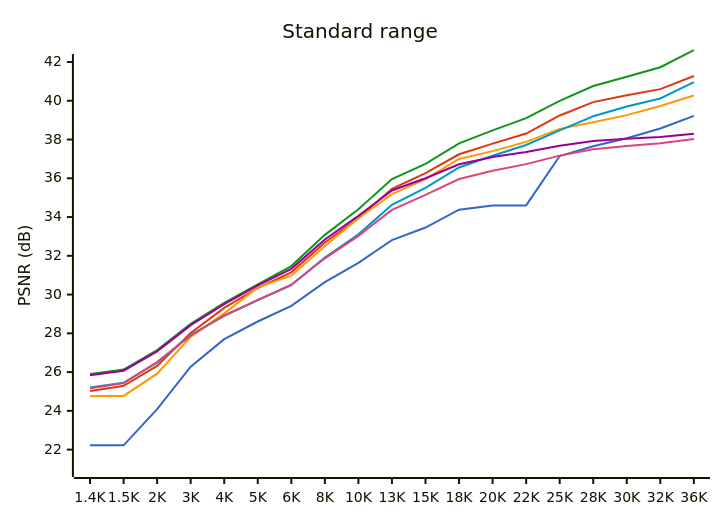
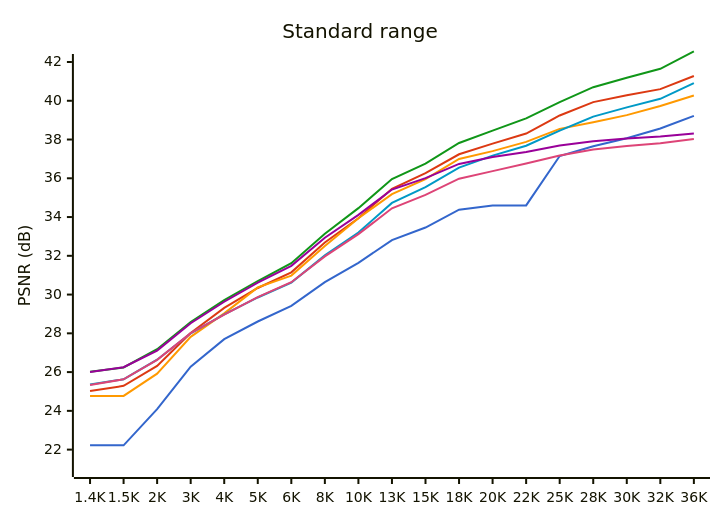
One commit to lieff/miniwtpc changed the second of 2 diagrams in results.md. Above: the diagram before and after it, drawn with Mermaid. The commit also changed other lines of this file and 35 other files, not shown here.

````diff
--- a/results.md
+++ b/results.md
@@ -28,14 +28,14 @@
 ```mermaid
 %%{init: {"themeVariables": {"xyChart": {"plotColorPalette": "#3366cc, #dc3912, #ff9900, #109618, #0099c6, #990099, #dd4477"}}}}%%
 xychart-beta
     title "Standard range"
     y-axis "PSNR (dB)" 21 --> 42
     x-axis ["1.4K", "1.5K", "2K", "3K", "4K", "5K", "6K", "8K", "10K", "13K", "15K", "18K", "20K", "22K", "25K", "28K", "30K", "32K", "36K"]
     line "JPEG" [22.22, 22.22, 24.09, 26.28, 27.70, 28.61, 29.42, 30.64, 31.64, 32.81, 33.46, 34.38, 34.60, 34.60, 37.15, 37.65, 38.07, 38.57, 39.22]
     line "JPEG2000" [25.02, 25.29, 26.32, 28.02, 29.31, 30.34, 31.15, 32.69, 33.94, 35.46, 36.27, 37.24, 37.79, 38.31, 39.24, 39.93, 40.28, 40.60, 41.28]
     line "JPEGXL" [24.77, 24.77, 25.92, 27.82, 29.03, 30.37, 30.98, 32.51, 33.94, 35.18, 35.96, 37.00, 37.40, 37.88, 38.55, 38.89, 39.26, 39.73, 40.27]
-    line "WTPC EBC" [25.90, 26.13, 27.14, 28.49, 29.57, 30.53, 31.47, 33.08, 34.40, 35.96, 36.74, 37.80, 38.47, 39.10, 39.99, 40.76, 41.24, 41.73, 42.61]
-    line "WTPC Huff" [25.20, 25.45, 26.49, 27.92, 28.90, 29.72, 30.49, 31.91, 33.11, 34.63, 35.51, 36.56, 37.16, 37.72, 38.47, 39.20, 39.70, 40.12, 40.96]
-    line "W420 EBC" [25.84, 26.07, 27.07, 28.42, 29.51, 30.47, 31.33, 32.84, 34.06, 35.37, 36.00, 36.72, 37.10, 37.36, 37.68, 37.92, 38.04, 38.13, 38.30]
-    line "W420 Huff" [25.16, 25.43, 26.52, 27.89, 28.92, 29.71, 30.51, 31.87, 33.03, 34.37, 35.14, 35.96, 36.39, 36.73, 37.17, 37.50, 37.67, 37.81, 38.03]
+    line "WTPC EBC" [26.02, 26.24, 27.18, 28.58, 29.71, 30.70, 31.62, 33.14, 34.46, 35.96, 36.76, 37.82, 38.46, 39.09, 39.93, 40.70, 41.19, 41.65, 42.55]
+    line "WTPC Huff" [25.36, 25.63, 26.64, 28.00, 28.98, 29.85, 30.62, 32.02, 33.20, 34.73, 35.54, 36.55, 37.17, 37.68, 38.46, 39.18, 39.66, 40.10, 40.91]
+    line "W420 EBC" [26.01, 26.25, 27.11, 28.52, 29.63, 30.62, 31.48, 32.93, 34.11, 35.42, 36.01, 36.74, 37.10, 37.36, 37.69, 37.91, 38.05, 38.15, 38.31]
+    line "W420 Huff" [25.33, 25.63, 26.63, 28.01, 28.97, 29.87, 30.64, 31.97, 33.12, 34.45, 35.14, 35.98, 36.37, 36.76, 37.18, 37.49, 37.67, 37.81, 38.03]
 ```
````
